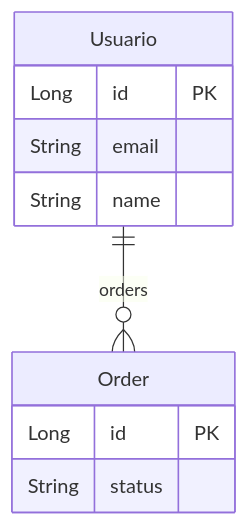
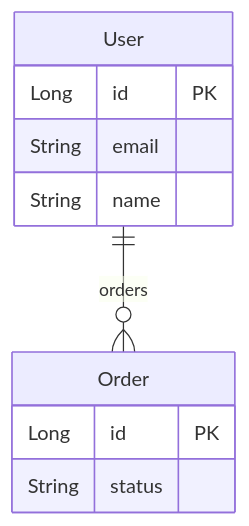
Before and after one commit to aocdev/JDocusaurus: the second of 3 diagrams in README.md, drawn with Mermaid. The commit also changed other lines of this file, not shown here.

````diff
--- a/README.md
+++ b/README.md
@@ -207,13 +207,13 @@
 ```mermaid
 erDiagram
-    Usuario {
+    User {
         Long id PK
         String email
         String name
     }
     Order {
         Long id PK
         String status
     }
-    Usuario ||--o{ Order : orders
+    User ||--o{ Order : orders
 ```
````
